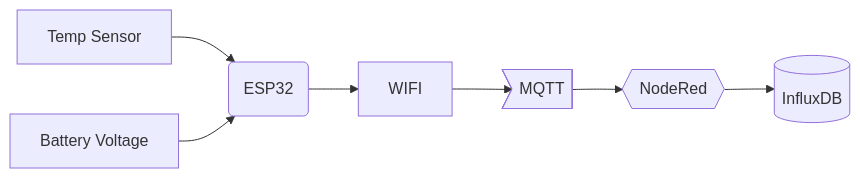
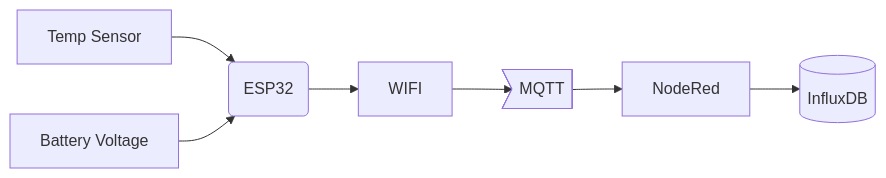
One commit to RoninRage/PondPVTemp changed the diagram in README.md. Above: the diagram before and after it, drawn with Mermaid.

Commit message:
[doc] Update

````diff
--- a/README.md
+++ b/README.md
@@ -11,11 +11,11 @@
 ```mermaid
 
 graph LR
 A[Temp Sensor] -->B(ESP32)
 C[Battery Voltage] -->B
 B-->D[WIFI]
 D-->E>MQTT]
-E-->F{{NodeRed}}
+E-->F[NodeRed]
 F-->G[(InfluxDB)]
 
 ```
````
